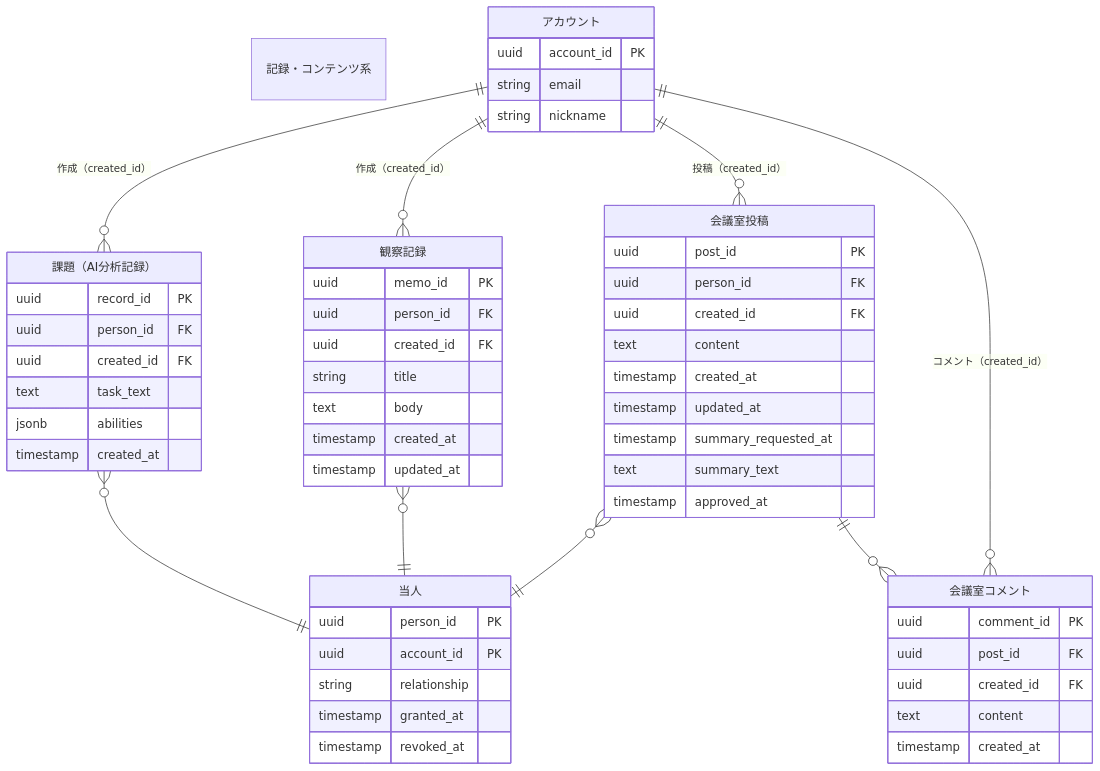
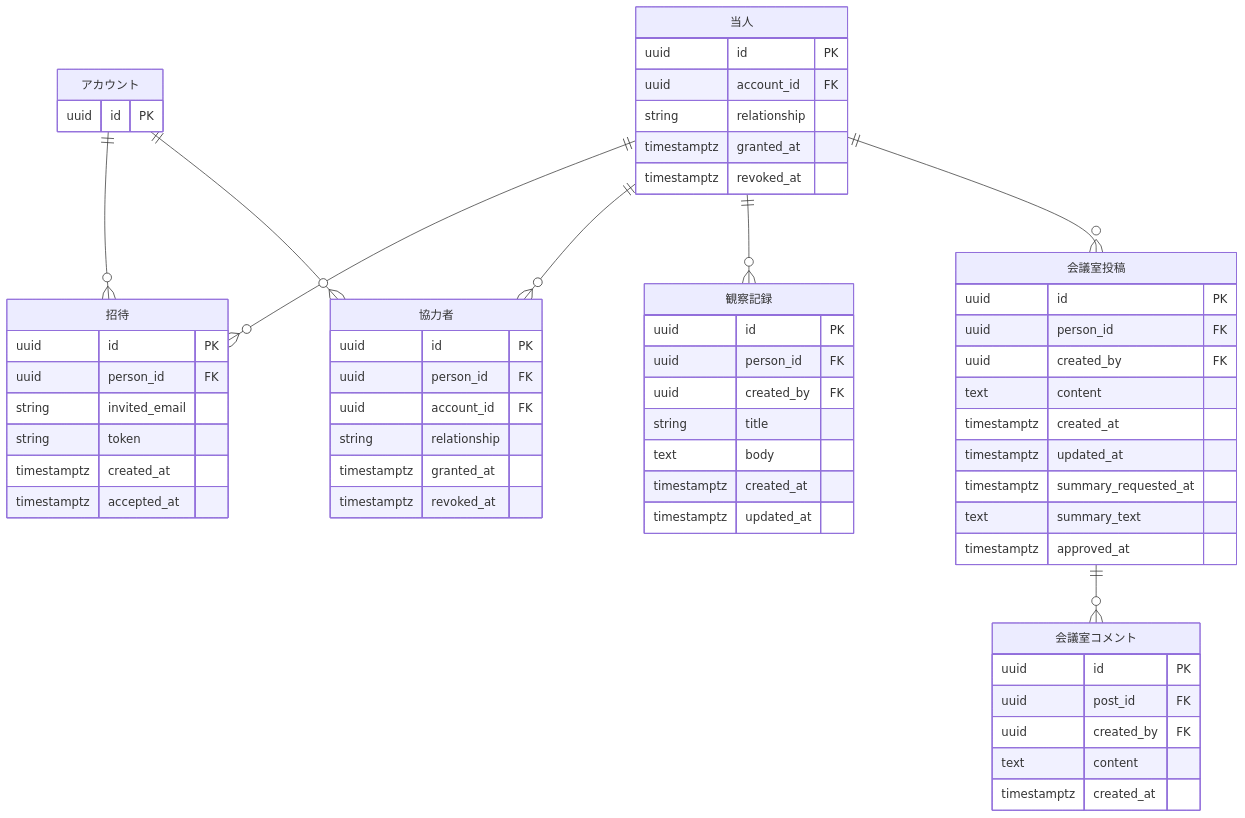
One commit to minamy-i/soreata changed the second of 2 diagrams in docs/data_structure.md. Above: the diagram before and after it, drawn with Mermaid. The commit also changed other lines of this file and 3 other files, not shown here.

````diff
--- a/docs/data_structure.md
+++ b/docs/data_structure.md
@@ -48,60 +55,63 @@
 ```mermaid
 erDiagram
-    記録・コンテンツ系
     ACCOUNTS["アカウント"] {
-        uuid account_id PK
-        string email
-        string nickname
+        uuid id PK
     }
     PERSONS["当人"] {
-        uuid person_id PK
-        uuid account_id PK
+        uuid id PK
+        uuid account_id FK
         string relationship
-        timestamp granted_at
-        timestamp revoked_at
+        timestamptz granted_at
+        timestamptz revoked_at
     }
-    RECORDS["課題（AI分析記録）"] {
-        uuid record_id PK
+    INVITATIONS["招待"] {
+        uuid id PK
         uuid person_id FK
-        uuid created_id FK
-        text task_text
-        jsonb abilities
-        timestamp created_at
+        string invited_email
+        string token
+        timestamptz created_at
+        timestamptz accepted_at
+    }
+    COLLABORATORS["協力者"] {
+        uuid id PK
+        uuid person_id FK
+        uuid account_id FK
+        string relationship
+        timestamptz granted_at
+        timestamptz revoked_at
     }
     MEMOS["観察記録"] {
-        uuid memo_id PK
+        uuid id PK
         uuid person_id FK
-        uuid created_id FK
+        uuid created_by FK
         string title
         text body
-        timestamp created_at
-        timestamp updated_at
+        timestamptz created_at
+        timestamptz updated_at
     }
     POSTS["会議室投稿"] {
-        uuid post_id PK
+        uuid id PK
         uuid person_id FK
-        uuid created_id FK
+        uuid created_by FK
         text content
-        timestamp created_at
-        timestamp updated_at
-        timestamp summary_requested_at
+        timestamptz created_at
+        timestamptz updated_at
+        timestamptz summary_requested_at
         text summary_text
-        timestamp approved_at
+        timestamptz approved_at
     }
     COMMENTS["会議室コメント"] {
-        uuid comment_id PK
+        uuid id PK
         uuid post_id FK
-        uuid created_id FK
+        uuid created_by FK
         text content
-        timestamp created_at
+        timestamptz created_at
     }
-
-    RECORDS }o--|| PERSONS : ""
-    MEMOS }o--|| PERSONS : ""
-    POSTS }o--|| PERSONS : ""
+    ACCOUNTS ||--o{ INVITATIONS : ""
+    PERSONS ||--o{ INVITATIONS : ""
+    PERSONS ||--o{ COLLABORATORS : ""
+    ACCOUNTS ||--o{ COLLABORATORS : ""
+    PERSONS ||--o{ MEMOS : ""
+    PERSONS ||--o{ POSTS : ""
     POSTS ||--o{ COMMENTS : ""
-    ACCOUNTS ||--o{ RECORDS : "作成（created_id）"
-    ACCOUNTS ||--o{ MEMOS : "作成（created_id）"
-    ACCOUNTS ||--o{ POSTS : "投稿（created_id）"
-    ACCOUNTS ||--o{ COMMENTS : "コメント（created_id）"
 ```
````
